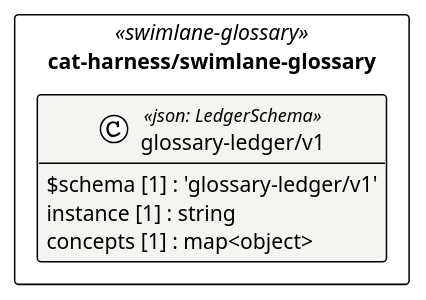
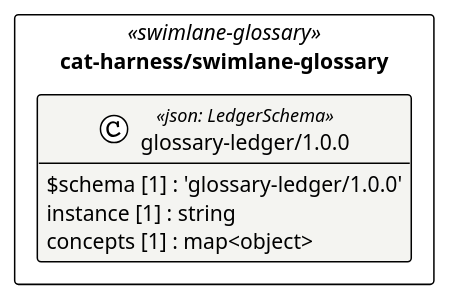
The diagram in cat-harness/uml/overview/cat-harness/swimlane-glossary.puml (litlfred/folio-assistant), drawn with PlantUML before and after one commit. The commit also changed 332 other files, not shown here.

```diff
--- a/cat-harness/uml/overview/cat-harness/swimlane-glossary.puml
+++ b/cat-harness/uml/overview/cat-harness/swimlane-glossary.puml
@@ -3,17 +3,17 @@
 @startuml cat_harness_swimlane_glossary
 !pragma layout elk
 !theme plain
 skinparam classAttributeIconSize 0
 skinparam shadowing false
 skinparam packageStyle rectangle
 hide empty methods
 
 package "cat-harness/swimlane-glossary" as pkg_cat_harness_swimlane_glossary <<swimlane-glossary>> {
-  class "glossary-ledger/v1" as cat_harness_swimlane_glossary_glossary_ledger_v1_glossary_ledger_v1 <<json: LedgerSchema>> #f4f4f1 {
-    $schema [1] : 'glossary-ledger/v1'
+  class "glossary-ledger/1.0.0" as cat_harness_swimlane_glossary_glossary_ledger_1_0_0_glossary_ledger_1_0_0 <<json: LedgerSchema>> #f4f4f1 {
+    $schema [1] : 'glossary-ledger/1.0.0'
     instance [1] : string
     concepts [1] : map<object>
   }
 }
 
 @enduml
```
